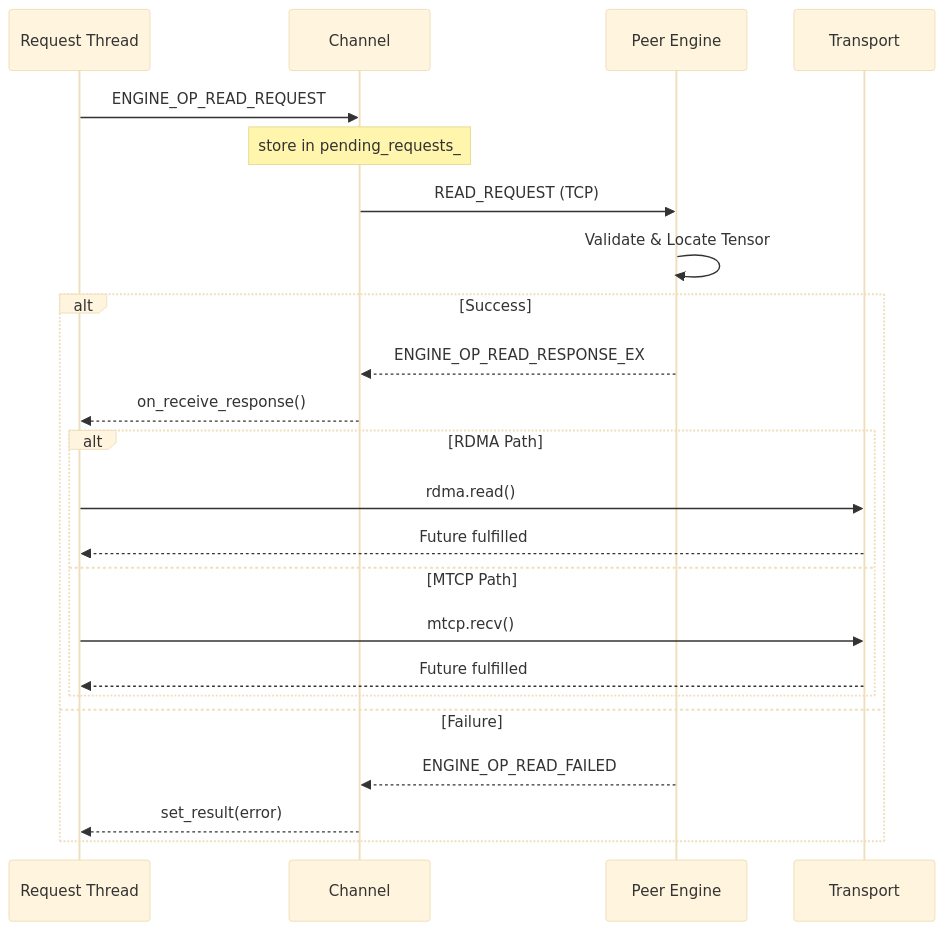
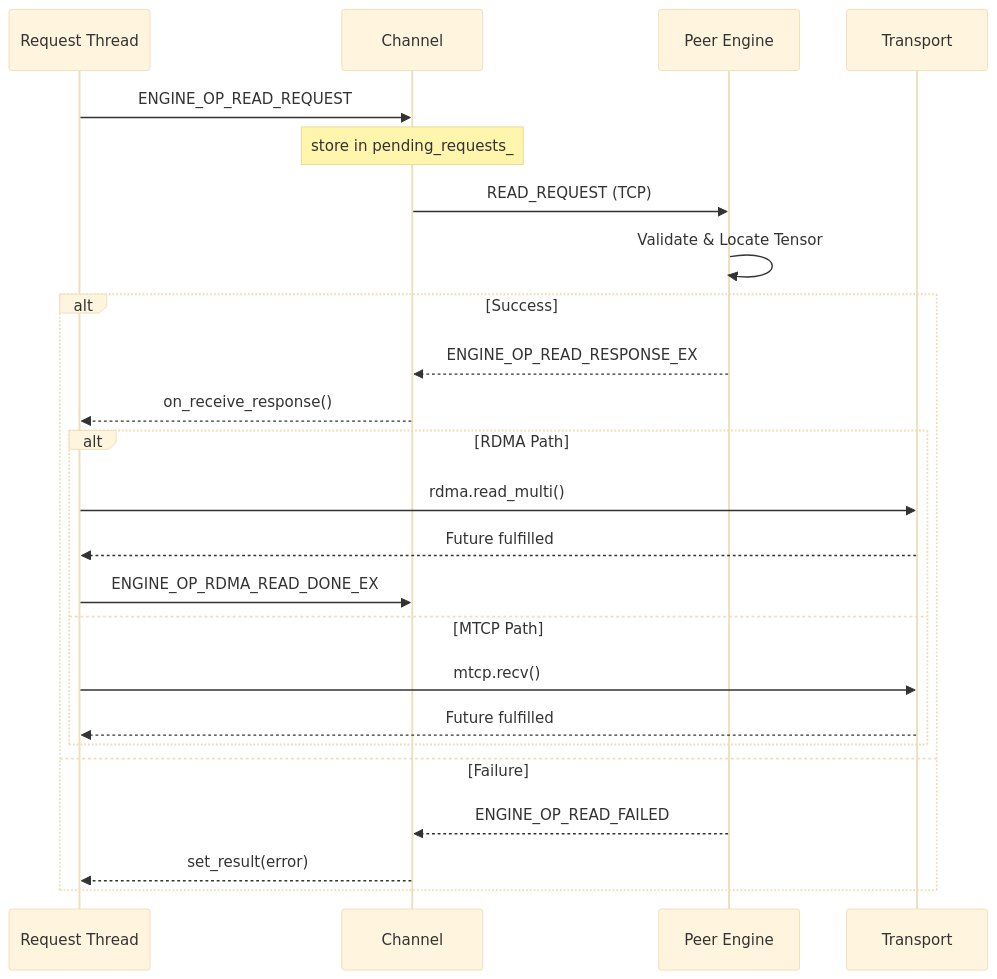
Before and after one commit to tensorcast-ai/tensorcast: diagram 12 of 13 in core/communicator/README.md, drawn with Mermaid (base theme). The commit also changed other lines of this file and 5 other files, not shown here.

Commit message:
chore: enhance logging RDMA transport

````diff
--- a/core/communicator/README.md
+++ b/core/communicator/README.md
@@ -567,26 +626,27 @@
 ```mermaid
 sequenceDiagram
     participant Client as Request Thread
     participant Channel
     participant Server as Peer Engine
     participant Transport
 
     Client->>Channel: ENGINE_OP_READ_REQUEST
     note over Channel: store in pending_requests_
     Channel->>Server: READ_REQUEST (TCP)
     Server->>Server: Validate & Locate Tensor
     alt Success
         Server-->>Channel: ENGINE_OP_READ_RESPONSE_EX
         Channel-->>Client: on_receive_response()
         alt RDMA Path
-            Client->>Transport: rdma.read()
+            Client->>Transport: rdma.read_multi()
             Transport-->>Client: Future fulfilled
+            Client->>Channel: ENGINE_OP_RDMA_READ_DONE_EX
         else MTCP Path
             Client->>Transport: mtcp.recv()
             Transport-->>Client: Future fulfilled
         end
     else Failure
         Server-->>Channel: ENGINE_OP_READ_FAILED
         Channel-->>Client: set_result(error)
     end
 ```
````
